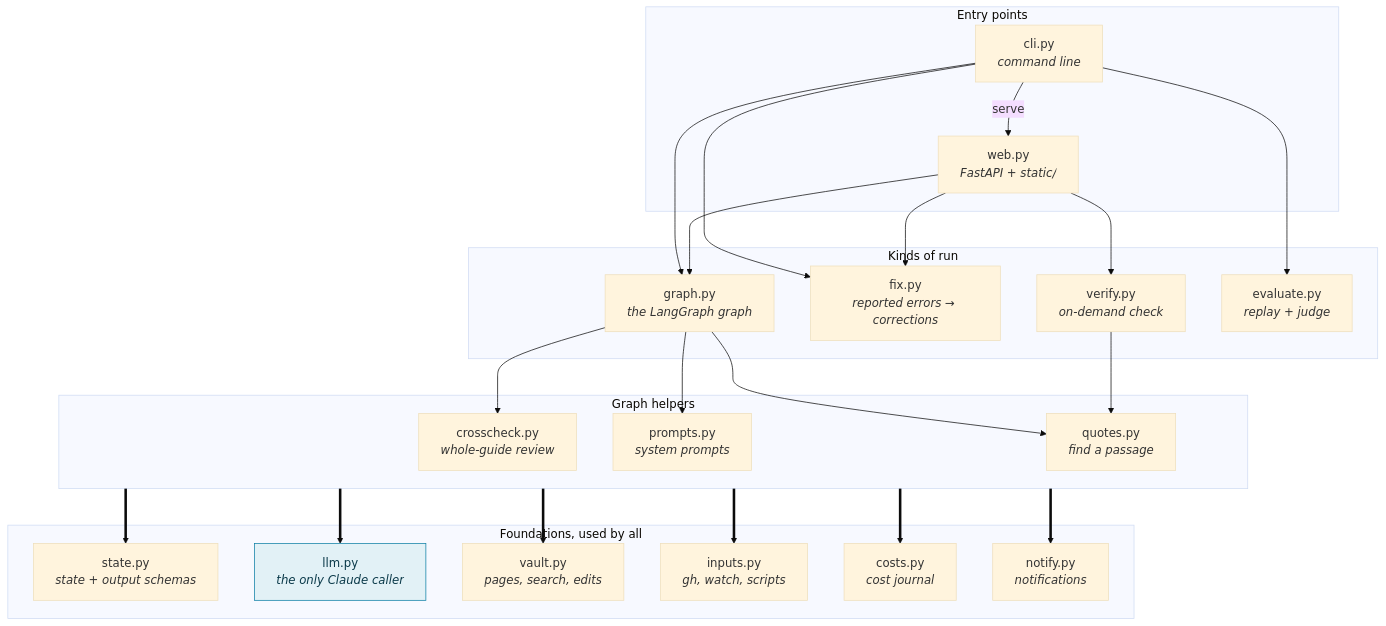
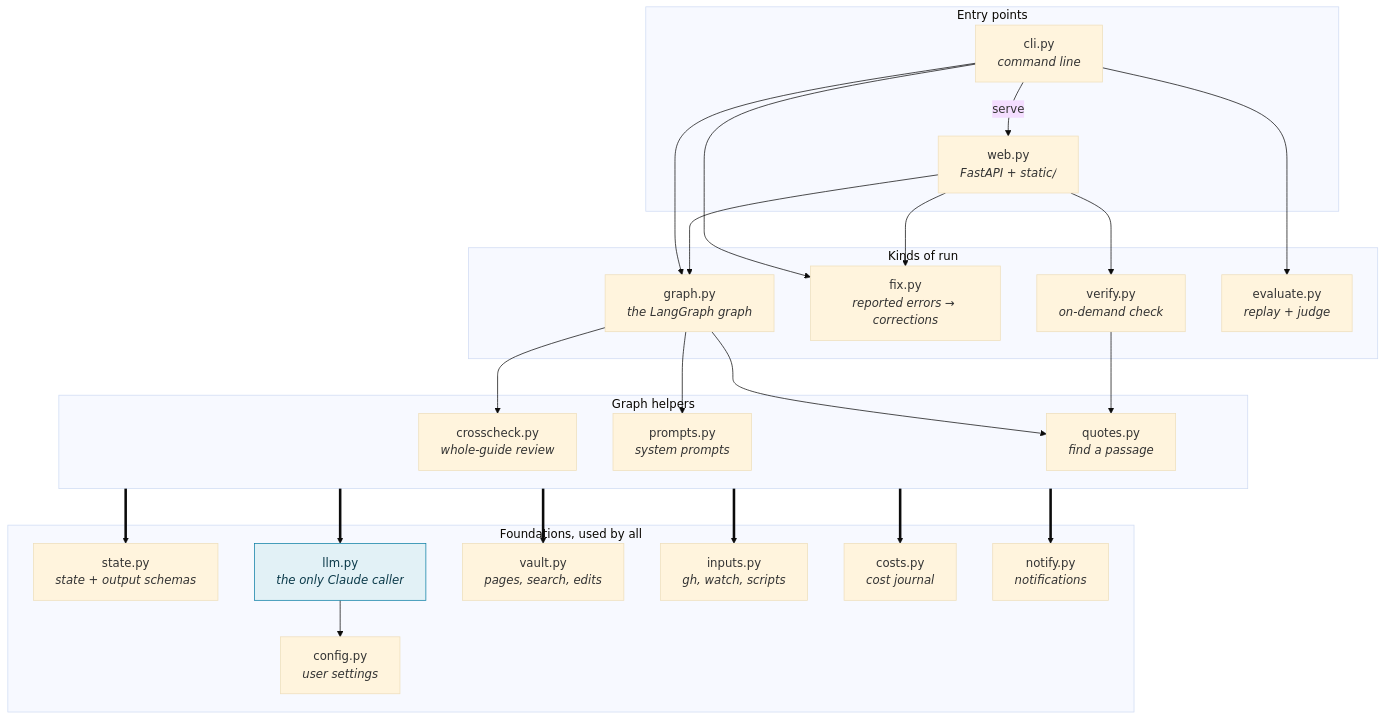
One commit to DamienBecherini/vault-watch-agent changed the first of 6 diagrams in docs/code.md. Above: the diagram before and after it, drawn with Mermaid (base theme). The commit also changed other lines of this file and 11 other files, not shown here.

````diff
--- a/docs/code.md
+++ b/docs/code.md
@@ -19,34 +19,36 @@
 ```mermaid
 flowchart TB
   subgraph entry["Entry points"]
     cli["cli.py<br/><i>command line</i>"]
     web["web.py<br/><i>FastAPI + static/</i>"]
   end
   subgraph runs["Kinds of run"]
     graphpy["graph.py<br/><i>the LangGraph graph</i>"]
     fix["fix.py<br/><i>reported errors → corrections</i>"]
     verify["verify.py<br/><i>on-demand check</i>"]
     evaluate["evaluate.py<br/><i>replay + judge</i>"]
   end
   subgraph steps["Graph helpers"]
     crosscheck["crosscheck.py<br/><i>whole-guide review</i>"]
     prompts["prompts.py<br/><i>system prompts</i>"]
     quotes["quotes.py<br/><i>find a passage</i>"]
   end
   subgraph base["Foundations, used by all"]
     state["state.py<br/><i>state + output schemas</i>"]
     llm["llm.py<br/><i>the only Claude caller</i>"]
+    config["config.py<br/><i>user settings</i>"]
     vault["vault.py<br/><i>pages, search, edits</i>"]
     inputs["inputs.py<br/><i>gh, watch, scripts</i>"]
     costs["costs.py<br/><i>cost journal</i>"]
     notify["notify.py<br/><i>notifications</i>"]
   end
   cli -->|"serve"| web
   cli --> graphpy & fix & evaluate
   web --> graphpy & fix & verify
   graphpy --> crosscheck & prompts & quotes
   verify --> quotes
   steps ==> state & llm & vault & inputs & costs & notify
+  llm --> config
   classDef model fill:#e2f1f6,stroke:#0a7ea4,color:#0b3a4a
   class llm model
 ```
````
